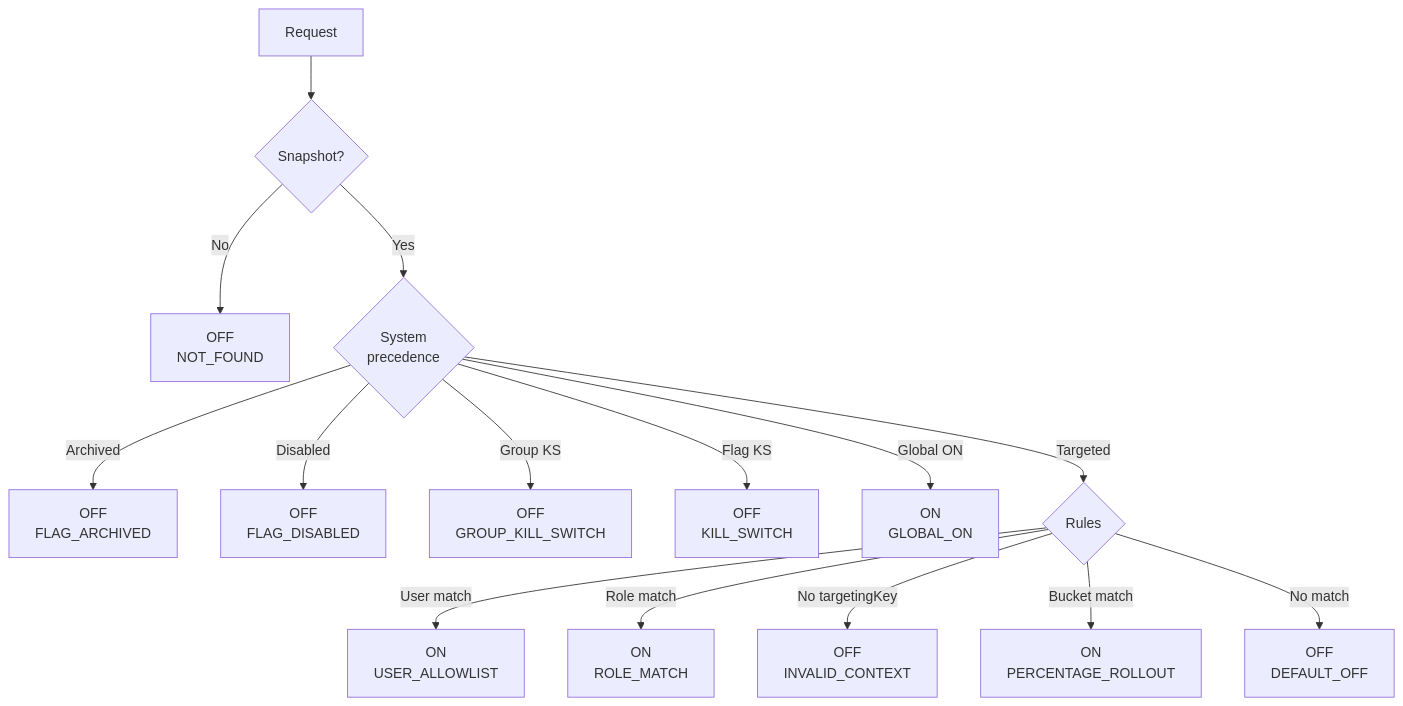
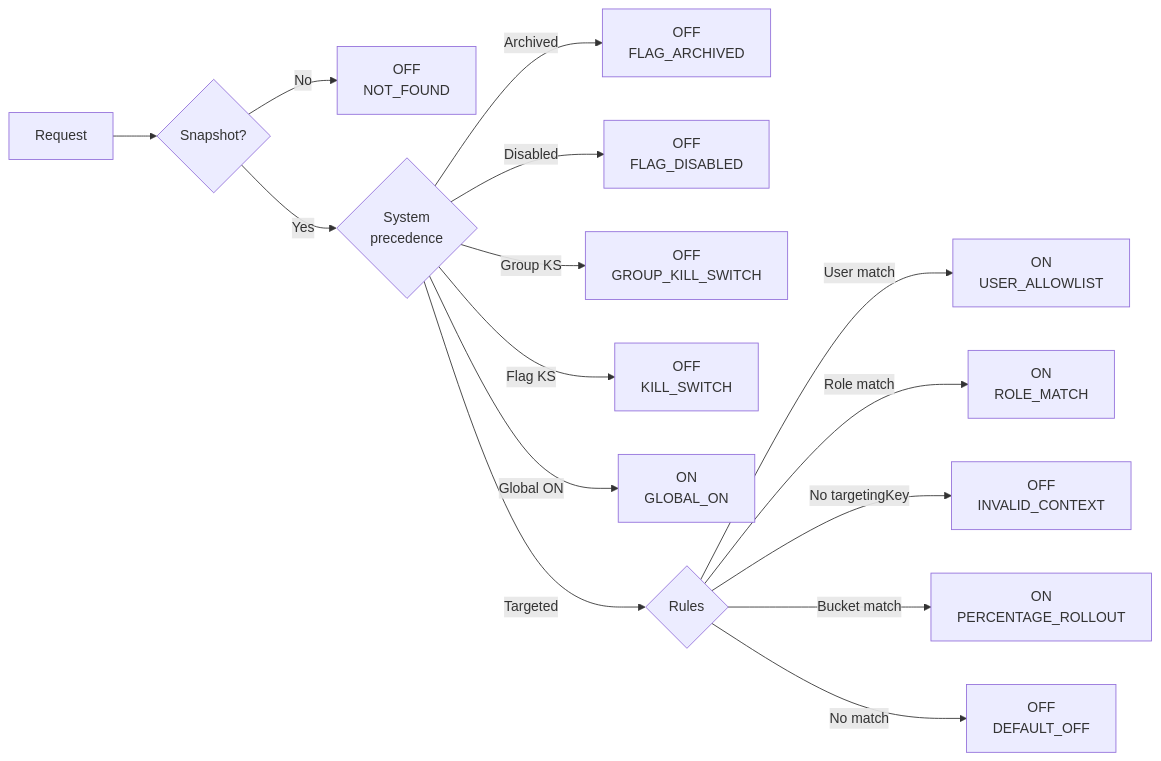
One commit to fabyanbui/VDT2026_MiniProject_report changed the diagram in Images/mermaid/Thứ tự ưu tiên khi đánh giá.md. Above: the diagram before and after it, drawn with Mermaid. The commit also changed 1 other file, not shown here.

Commit message:
Update flowchart direction and replace corresponding image for clarity

````diff
--- a/Images/mermaid/Thứ tự ưu tiên khi đánh giá.md
+++ b/Images/mermaid/Thứ tự ưu tiên khi đánh giá.md
@@ -1,19 +1,19 @@
 ```mermaid
-flowchart TD
+flowchart LR
     A[Request] --> B{Snapshot?}
     B -- No --> N[OFF<br/>NOT_FOUND]
     B -- Yes --> C{System<br/>precedence}
 
     C -- Archived --> A1[OFF<br/>FLAG_ARCHIVED]
     C -- Disabled --> A2[OFF<br/>FLAG_DISABLED]
     C -- Group KS --> A3[OFF<br/>GROUP_KILL_SWITCH]
     C -- Flag KS --> A4[OFF<br/>KILL_SWITCH]
     C -- Global ON --> A5[ON<br/>GLOBAL_ON]
     C -- Targeted --> D{Rules}
 
     D -- User match --> U[ON<br/>USER_ALLOWLIST]
     D -- Role match --> R[ON<br/>ROLE_MATCH]
     D -- No targetingKey --> I[OFF<br/>INVALID_CONTEXT]
     D -- Bucket match --> P[ON<br/>PERCENTAGE_ROLLOUT]
     D -- No match --> O[OFF<br/>DEFAULT_OFF]
 ```
````
